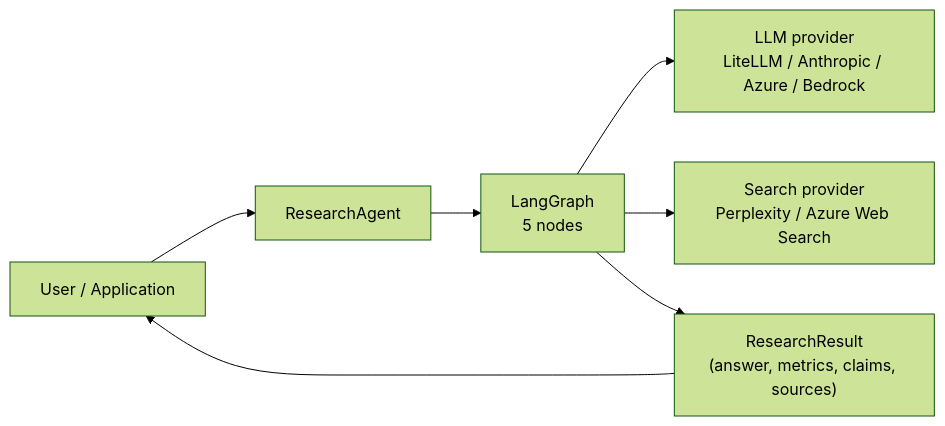
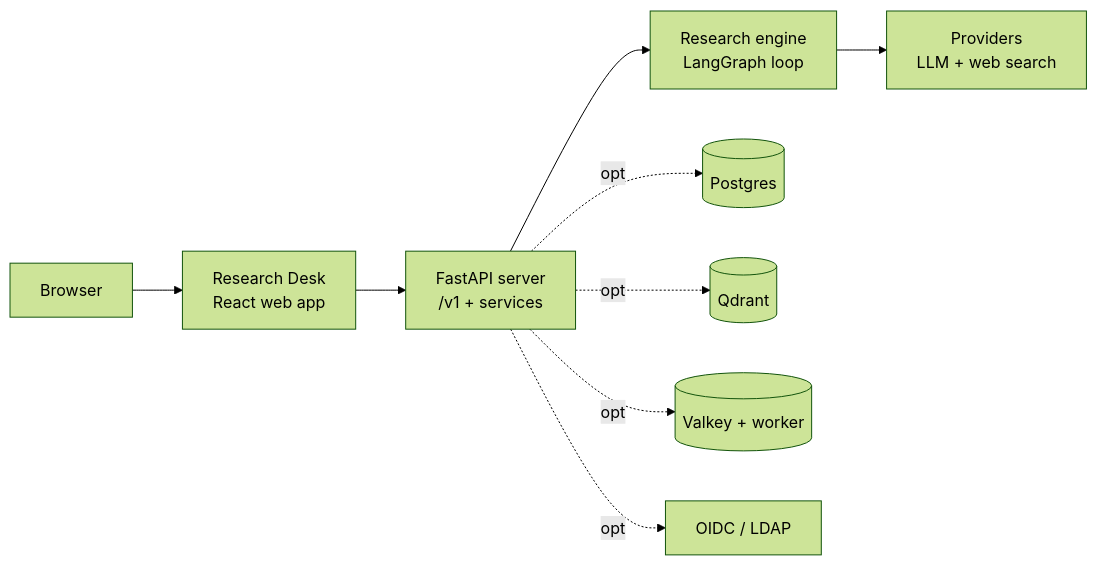
Before and after one commit to BZandi/inqtrix: the diagram in README.md, drawn with Mermaid (forest theme). The commit also changed other lines of this file and 655 other files, not shown here.

````diff
--- a/README.md
+++ b/README.md
@@ -44,9 +737,11 @@
 ```mermaid
 flowchart LR
-    U["User / Application"] --> A["ResearchAgent"]
-    A --> G["LangGraph<br/>5 nodes"]
-    G --> L["LLM provider<br/>LiteLLM / Anthropic / Azure / Bedrock"]
-    G --> S["Search provider<br/>Perplexity / Azure Web Search"]
-    G --> R["ResearchResult<br/>(answer, metrics, claims, sources)"]
-    R --> U
+    B["Browser"] --> W["Research Desk<br/>React web app"]
+    W --> A["FastAPI server<br/>/v1 + services"]
+    A --> E["Research engine<br/>LangGraph loop"]
+    E --> P["Providers<br/>LLM + web search"]
+    A -. opt .-> PG[("Postgres")]
+    A -. opt .-> Q[("Qdrant")]
+    A -. opt .-> V[("Valkey + worker")]
+    A -. opt .-> ID["OIDC / LDAP"]
 ```
````
